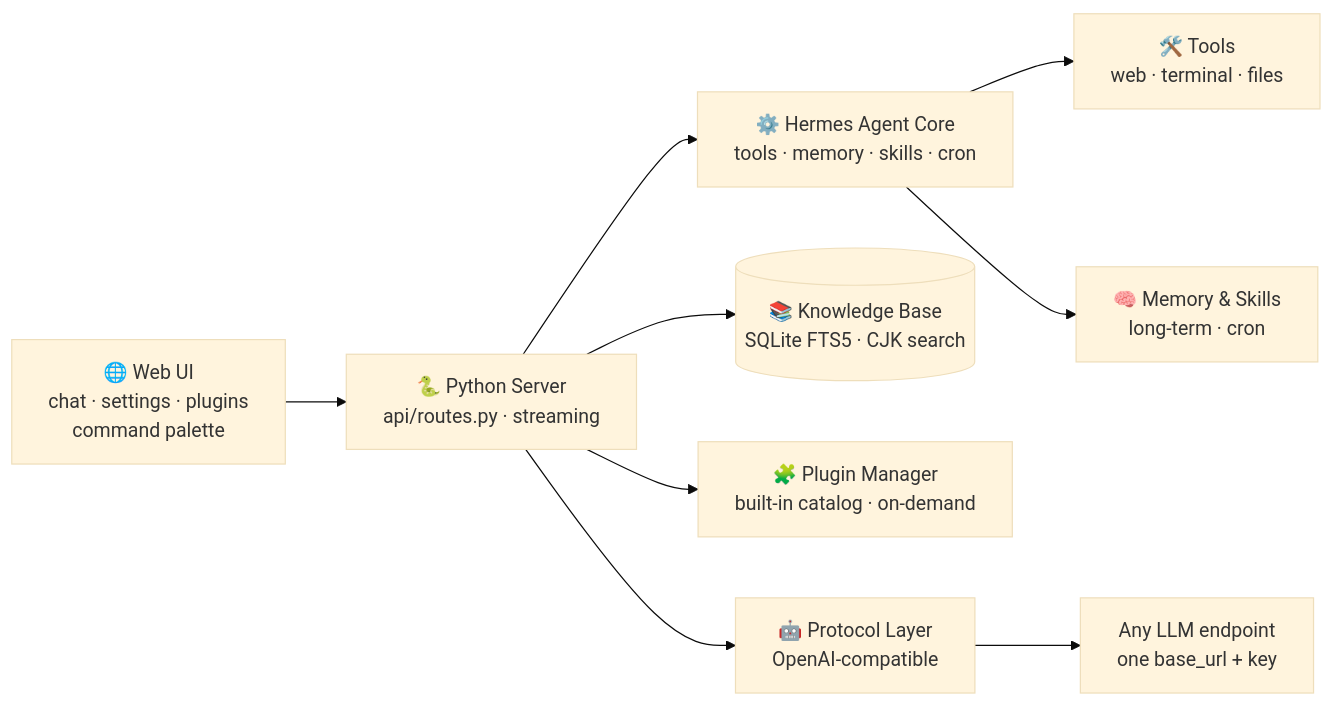
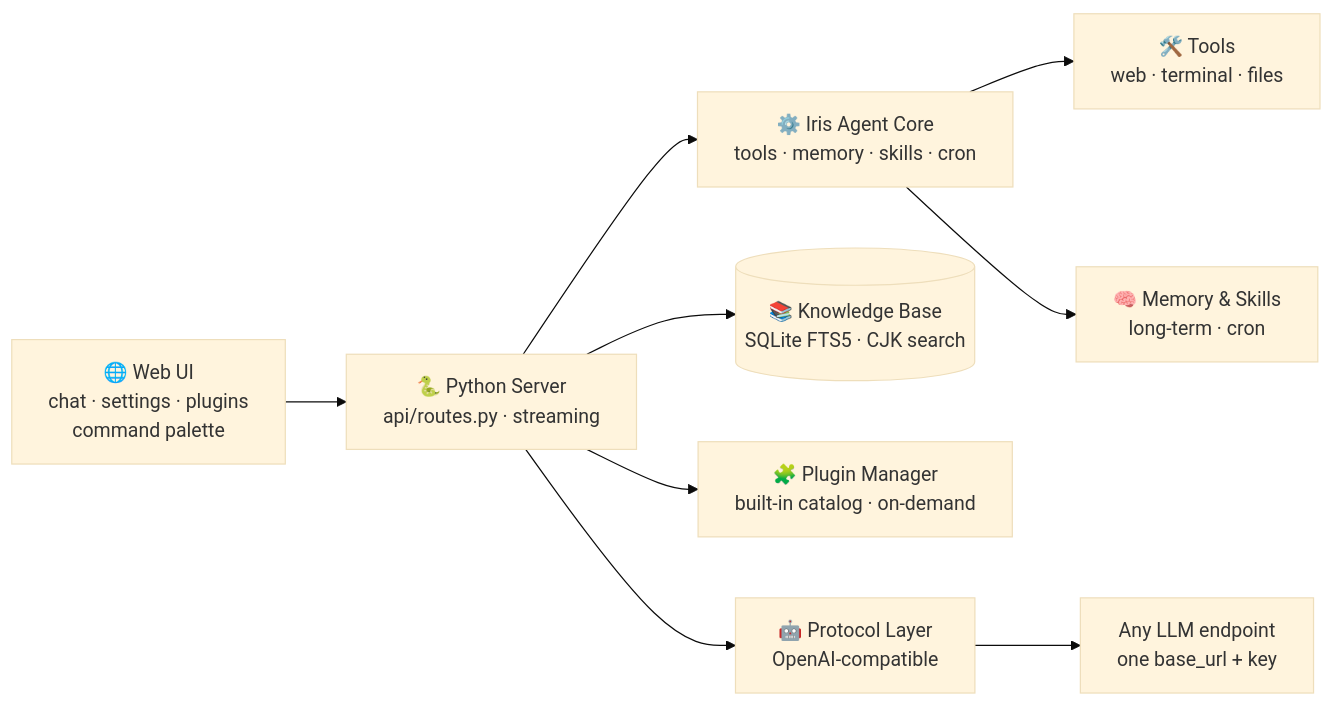
The diagram in README.md (Morningstar202604/iris), drawn with Mermaid (base theme) before and after one commit. The commit also changed other lines of this file and 5912 other files, not shown here.

````diff
--- a/README.md
+++ b/README.md
@@ -107,11 +137,11 @@
 ```mermaid
 flowchart LR
     U["🌐 Web UI<br/>chat · settings · plugins<br/>command palette"] --> S["🐍 Python Server<br/>api/routes.py · streaming"]
-    S --> A["⚙️ Hermes Agent Core<br/>tools · memory · skills · cron"]
+    S --> A["⚙️ Iris Agent Core<br/>tools · memory · skills · cron"]
     S --> KB[("📚 Knowledge Base<br/>SQLite FTS5 · CJK search")]
     S --> PM["🧩 Plugin Manager<br/>built-in catalog · on-demand"]
     S --> PL["🤖 Protocol Layer<br/>OpenAI-compatible"]
     PL --> M["Any LLM endpoint<br/>one base_url + key"]
     A --> T1["🛠️ Tools<br/>web · terminal · files"]
     A --> T2["🧠 Memory & Skills<br/>long-term · cron"]
 ```
````
